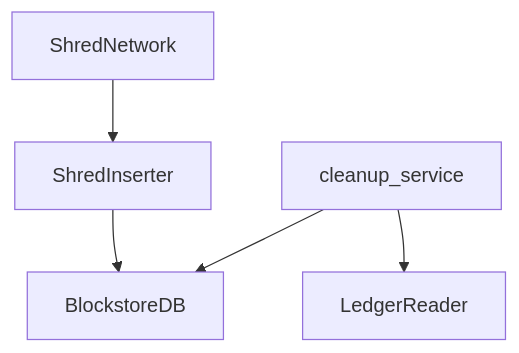
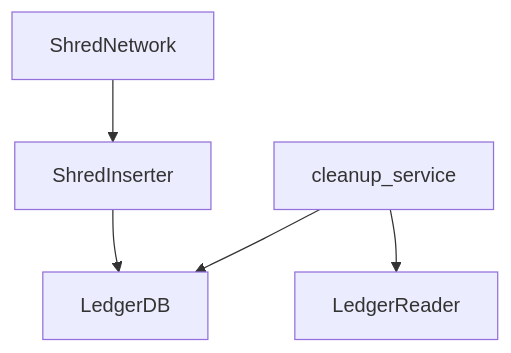
Before and after one commit to Syndica/sig: the diagram in docs/docusaurus/docs/code/ledger.md, drawn with Mermaid. The commit also changed other lines of this file and 18 other files, not shown here.

Commit message:
refactor(ledger): rename BlockstoreDB to LedgerDB

````diff
--- a/docs/docusaurus/docs/code/ledger.md
+++ b/docs/docusaurus/docs/code/ledger.md
@@ -72,7 +72,7 @@
 ```mermaid
 graph TD
     A[ShredNetwork] --> B[ShredInserter]
-    B --> C[BlockstoreDB]
+    B --> C[LedgerDB]
     D[cleanup_service] --> C
     D --> E[LedgerReader]
 ```
````
